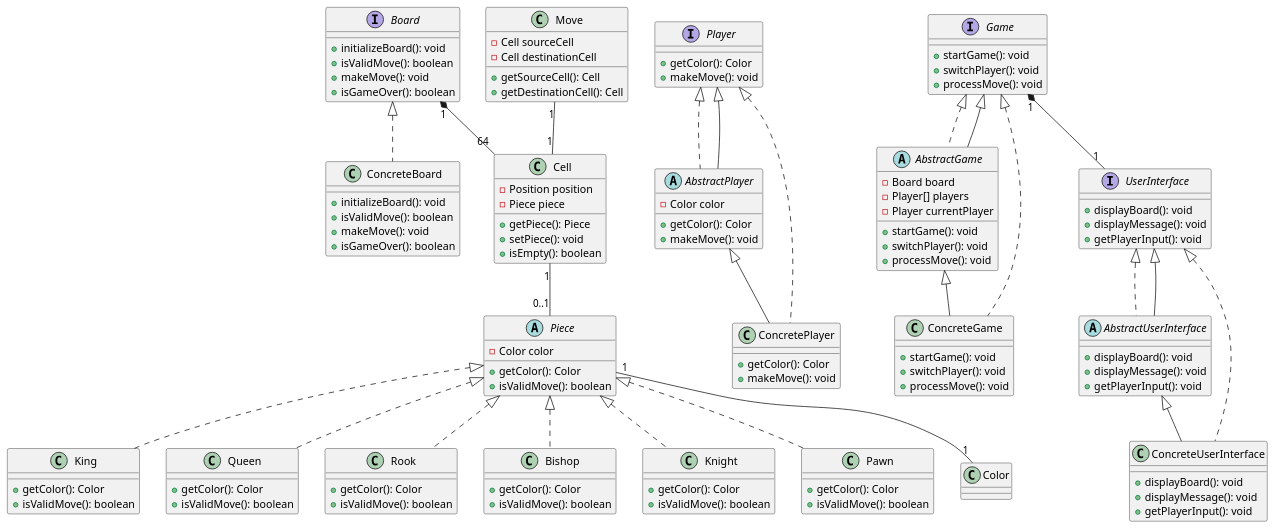
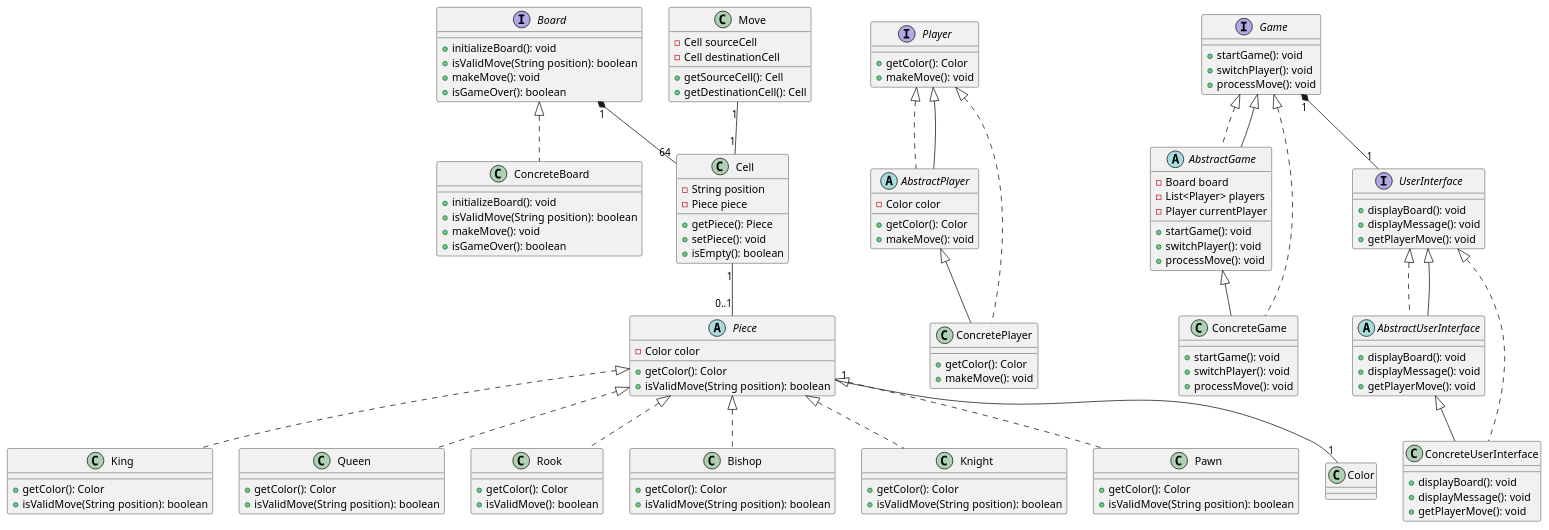
Before and after one commit to TSaavaMate/designPrincipes: the diagram in designs/games/chess/chess.puml, drawn with PlantUML. The commit also changed 26 other files, not shown here.

```diff
--- a/designs/games/chess/chess.puml
+++ b/designs/games/chess/chess.puml
@@ -1,143 +1,143 @@
 @startuml
 
 interface Board {
   + initializeBoard(): void
-  + isValidMove(): boolean
+  + isValidMove(String position): boolean
   + makeMove(): void
   + isGameOver(): boolean
 }
 
 class ConcreteBoard {
   + initializeBoard(): void
-  + isValidMove(): boolean
+  + isValidMove(String position): boolean
   + makeMove(): void
   + isGameOver(): boolean
 }
 
 class Cell {
-  - Position position
+  - String position
   - Piece piece
   + getPiece(): Piece
   + setPiece(): void
   + isEmpty(): boolean
 }
 
 abstract class Piece {
   - Color color
   + getColor(): Color
-  + isValidMove(): boolean
+  + isValidMove(String position): boolean
 }
 
 class King {
   + getColor(): Color
-  + isValidMove(): boolean
+  + isValidMove(String position): boolean
 }
 
 class Queen {
   + getColor(): Color
-  + isValidMove(): boolean
+  + isValidMove(String position): boolean
 }
 
 class Rook {
   + getColor(): Color
   + isValidMove(): boolean
 }
 
 class Bishop {
   + getColor(): Color
-  + isValidMove(): boolean
+  + isValidMove(String position): boolean
 }
 
 class Knight {
   + getColor(): Color
-  + isValidMove(): boolean
+  + isValidMove(String position): boolean
 }
 
 class Pawn {
   + getColor(): Color
-  + isValidMove(): boolean
+  + isValidMove(String position): boolean
 }
 
 interface Player {
   + getColor(): Color
   + makeMove(): void
 }
 
 abstract class AbstractPlayer implements Player {
   - Color color
   + getColor(): Color
   + makeMove(): void
 }
 
 class ConcretePlayer extends AbstractPlayer {
   + getColor(): Color
   + makeMove(): void
 }
 
 class Move {
   - Cell sourceCell
   - Cell destinationCell
   + getSourceCell(): Cell
   + getDestinationCell(): Cell
 }
 
 interface Game {
   + startGame(): void
   + switchPlayer(): void
   + processMove(): void
 }
 
 abstract class AbstractGame implements Game {
   - Board board
-  - Player[] players
+  - List<Player> players
   - Player currentPlayer
   + startGame(): void
   + switchPlayer(): void
   + processMove(): void
 }
 
 class ConcreteGame extends AbstractGame {
   + startGame(): void
   + switchPlayer(): void
   + processMove(): void
 }
 
 interface UserInterface {
   + displayBoard(): void
   + displayMessage(): void
-  + getPlayerInput(): void
+  + getPlayerMove(): void
 }
 
 abstract class AbstractUserInterface implements UserInterface {
   + displayBoard(): void
   + displayMessage(): void
-  + getPlayerInput(): void
+  + getPlayerMove(): void
 }
 
 class ConcreteUserInterface extends AbstractUserInterface {
   + displayBoard(): void
   + displayMessage(): void
-  + getPlayerInput(): void
+  + getPlayerMove(): void
 }
 
 Board <|.. ConcreteBoard
 Player <|.. ConcretePlayer
 Game <|.. ConcreteGame
 UserInterface <|.. ConcreteUserInterface
 Player <|-- AbstractPlayer
 Game <|-- AbstractGame
 UserInterface <|-- AbstractUserInterface
 
 Board "1" *-- "64" Cell
 Cell "1" -- "0..1" Piece
 Piece <|.. King
 Piece <|.. Queen
 Piece <|.. Rook
 Piece <|.. Bishop
 Piece <|.. Knight
 Piece <|.. Pawn
 Piece "1" -- "1" Color
 Move "1" -- "1" Cell
 Game "1" *-- "1" UserInterface
 
 @enduml
```
